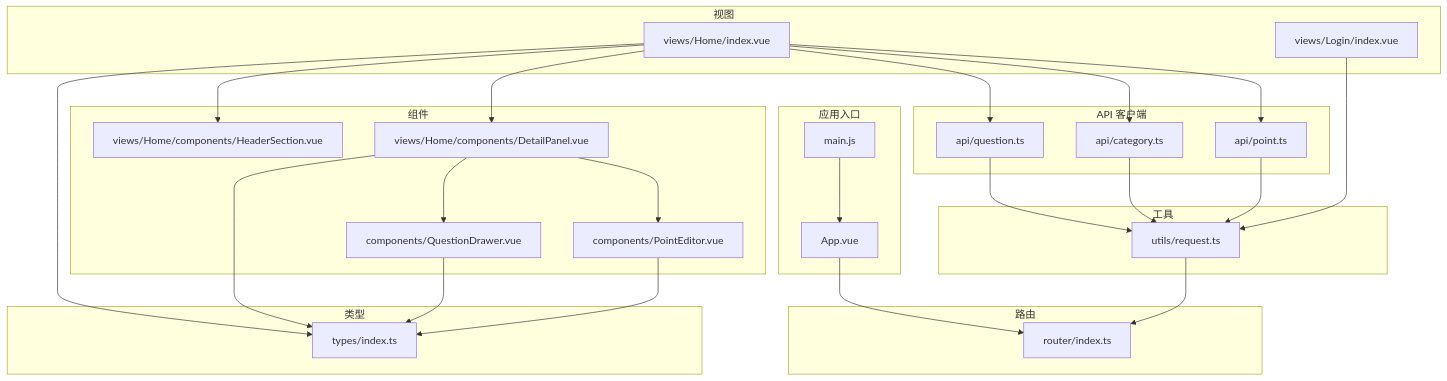
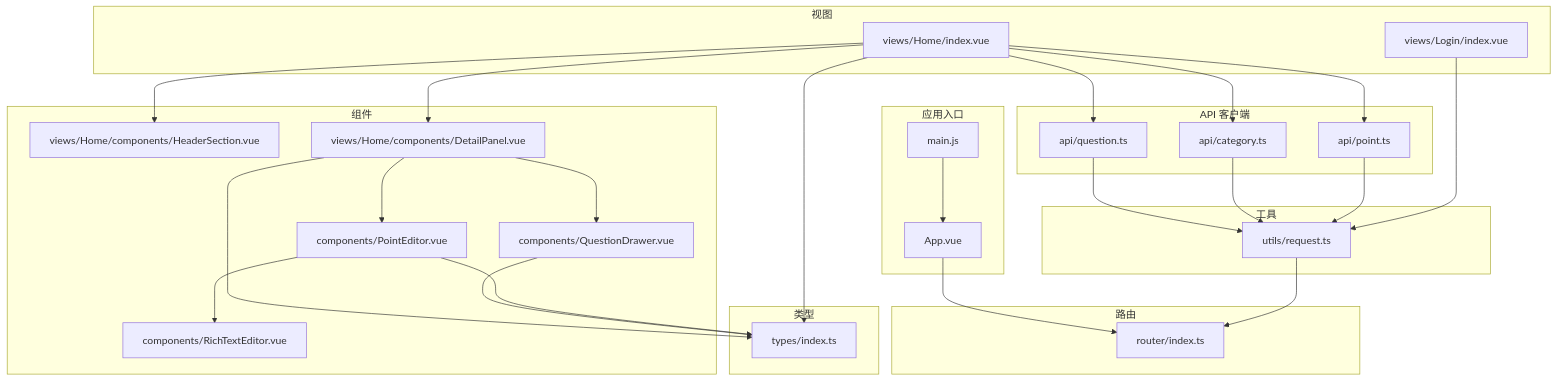
The first of 7 diagrams in .qoder/repowiki/zh/content/前端架构.md (YYMi/practice_problems), drawn with Mermaid before and after one commit. The commit also changed other lines of this file and 43 other files, not shown here.

````diff
--- a/.qoder/repowiki/zh/content/前端架构.md
+++ b/.qoder/repowiki/zh/content/前端架构.md
@@ -49,49 +57,51 @@
 ```mermaid
 graph TB
 subgraph "应用入口"
 MJS["main.js"]
 APP["App.vue"]
 end
 subgraph "路由"
 ROUTER["router/index.ts"]
 end
 subgraph "工具"
 REQ["utils/request.ts"]
 end
 subgraph "API 客户端"
 APIQ["api/question.ts"]
 APIC["api/category.ts"]
 APIP["api/point.ts"]
 end
 subgraph "视图"
 HOME["views/Home/index.vue"]
 LOGIN["views/Login/index.vue"]
 end
 subgraph "组件"
 HD["views/Home/components/HeaderSection.vue"]
 DP["views/Home/components/DetailPanel.vue"]
 QD["components/QuestionDrawer.vue"]
 PE["components/PointEditor.vue"]
+RTE["components/RichTextEditor.vue"]
 end
 subgraph "类型"
 TYPES["types/index.ts"]
 end
 MJS --> APP
 APP --> ROUTER
 HOME --> HD
 HOME --> DP
 DP --> QD
 DP --> PE
+PE --> RTE
 HOME --> APIQ
 HOME --> APIC
 HOME --> APIP
 APIQ --> REQ
 APIC --> REQ
 APIP --> REQ
 LOGIN --> REQ
 REQ --> ROUTER
 HOME --> TYPES
 DP --> TYPES
 QD --> TYPES
 PE --> TYPES
 ```
````
